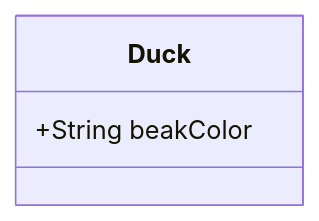
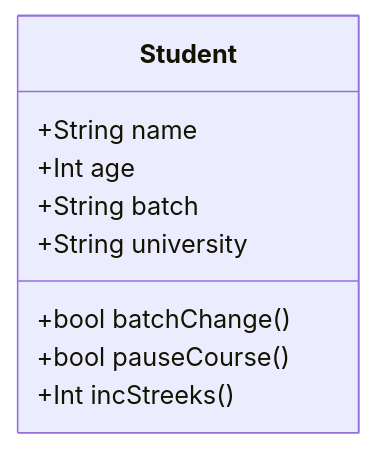
Before and after one commit to workrahul22/learning: the first of 2 diagrams in 2. Low Level Design/LowLevelDesign.md, drawn with Mermaid. The commit also changed other lines of this file and 1 other file, not shown here.

````diff
--- a/2. Low Level Design/LowLevelDesign.md
+++ b/2. Low Level Design/LowLevelDesign.md
@@ -102,6 +101,13 @@
 ```mermaid
     classDiagram
-        class Duck{
-            +String beakColor
+        class Student {
+            +String name
+            +Int age
+            +String batch
+            +String university
+
+            +bool batchChange()
+            +bool pauseCourse()
+            +Int incStreeks()
         }
 ```
````
